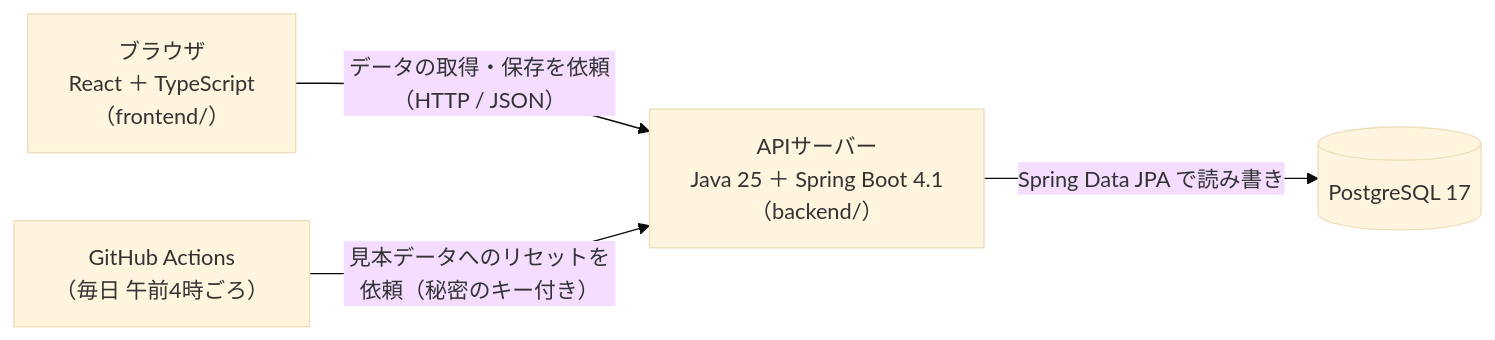
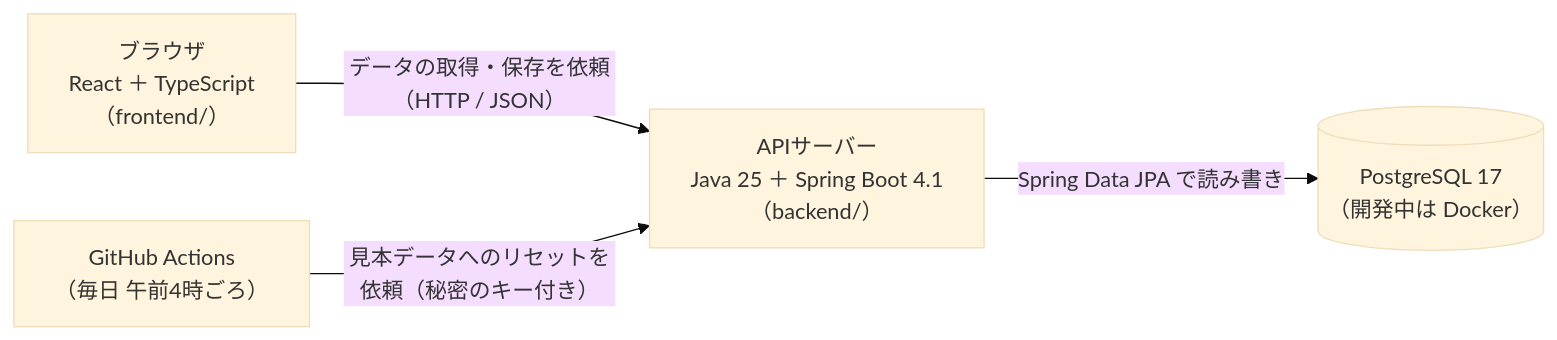
One commit to fujiengineering21-png/task-management-app changed the diagram in docs/技術スタック.md. Above: the diagram before and after it, drawn with Mermaid (base theme). The commit also changed other lines of this file and 1 other file, not shown here.

First line of the commit message:
docs: 開発用 DB を Docker にしたことを文書に反映（技術スタック v2.2・要件定義書 v2.4）

````diff
--- a/docs/技術スタック.md
+++ b/docs/技術スタック.md
@@ -68,10 +69,10 @@
 ```mermaid
 flowchart LR
     B["ブラウザ<br>React ＋ TypeScript<br>（frontend/）"]
     A["APIサーバー<br>Java 25 ＋ Spring Boot 4.1<br>（backend/）"]
-    D[("PostgreSQL 17")]
+    D[("PostgreSQL 17<br>（開発中は Docker）")]
     C["GitHub Actions<br>（毎日 午前4時ごろ）"]
     B -->|"データの取得・保存を依頼（HTTP / JSON）"| A
     A -->|"Spring Data JPA で読み書き"| D
     C -->|"見本データへのリセットを依頼（秘密のキー付き）"| A
 ```
````
